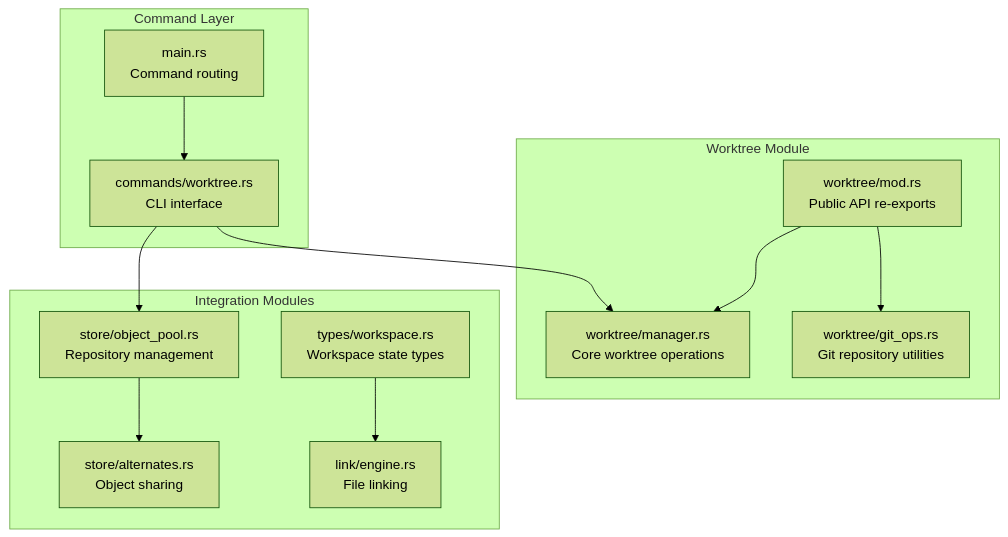
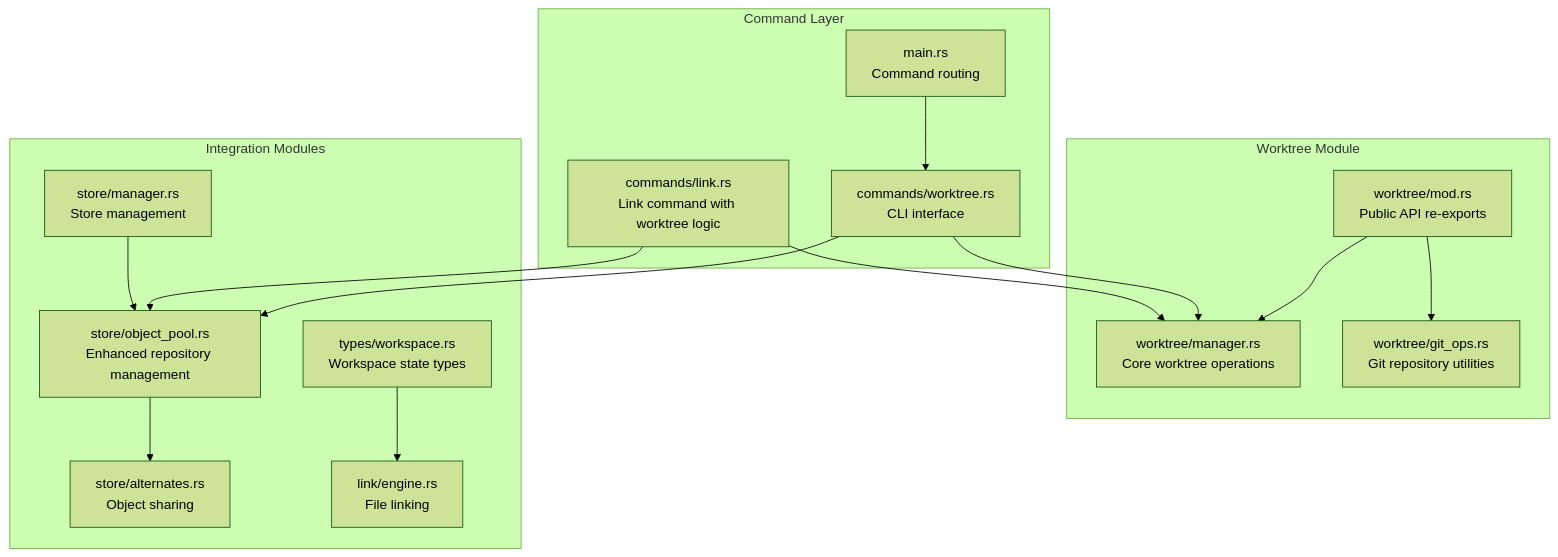
The first of 7 diagrams in .qoder/repowiki/en/content/Core Features Documentation/Git Worktree Integration (Editable Mode).md (HWH-2019/vdw), drawn with Mermaid (forest theme) before and after one commit. The commit also changed other lines of this file and 4 other files, not shown here.

````diff
--- a/.qoder/repowiki/en/content/Core Features Documentation/Git Worktree Integration (Editable Mode).md
+++ b/.qoder/repowiki/en/content/Core Features Documentation/Git Worktree Integration (Editable Mode).md
@@ -49,25 +52,30 @@
 ```mermaid
 graph TB
 subgraph "Worktree Module"
 A["worktree/mod.rs<br/>Public API re-exports"]
 B["worktree/manager.rs<br/>Core worktree operations"]
 C["worktree/git_ops.rs<br/>Git repository utilities"]
 end
 subgraph "Command Layer"
 D["commands/worktree.rs<br/>CLI interface"]
 E["main.rs<br/>Command routing"]
+F["commands/link.rs<br/>Link command with worktree logic"]
 end
 subgraph "Integration Modules"
-F["types/workspace.rs<br/>Workspace state types"]
-G["store/object_pool.rs<br/>Repository management"]
-H["store/alternates.rs<br/>Object sharing"]
-I["link/engine.rs<br/>File linking"]
+G["types/workspace.rs<br/>Workspace state types"]
+H["store/object_pool.rs<br/>Enhanced repository management"]
+I["store/alternates.rs<br/>Object sharing"]
+J["link/engine.rs<br/>File linking"]
+K["store/manager.rs<br/>Store management"]
 end
 A --> B
 A --> C
 D --> B
-D --> G
+D --> H
 E --> D
-F --> I
-G --> H
+F --> B
+F --> H
+G --> J
+H --> I
+K --> H
 ```
````
